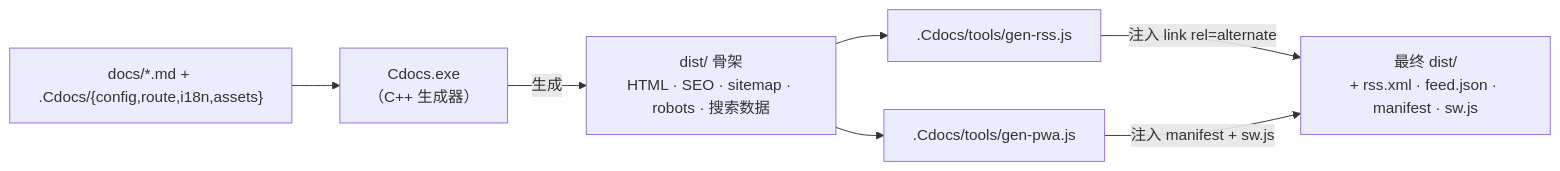
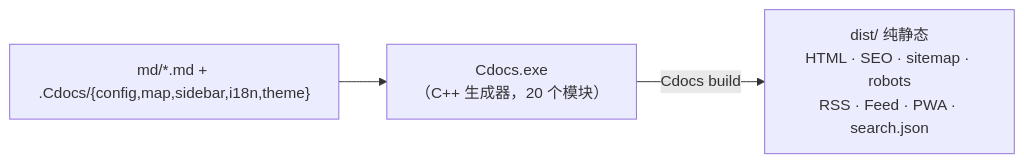
Before and after one commit to Cnkrru/Cdocs: the diagram in md/docs/generator/pipeline.md, drawn with Mermaid. The commit also changed other lines of this file and 17 other files, not shown here.

````diff
--- a/md/docs/generator/pipeline.md
+++ b/md/docs/generator/pipeline.md
@@ -7,16 +7,9 @@
 ```mermaid
 flowchart LR
-  SRC["docs/*.md + .Cdocs/{config,route,i18n,assets}"]
-  EXE["Cdocs.exe<br/>（C++ 生成器）"]
-  GEN["dist/ 骨架<br/>HTML · SEO · sitemap · robots · 搜索数据"]
-  RSS[".Cdocs/tools/gen-rss.js"]
-  PWA[".Cdocs/tools/gen-pwa.js"]
-  OUT["最终 dist/<br/>+ rss.xml · feed.json · manifest · sw.js"]
+  SRC["md/*.md + .Cdocs/{config,map,sidebar,i18n,theme}"]
+  EXE["Cdocs.exe<br/>（C++ 生成器，20 个模块）"]
+  OUT["dist/ 纯静态<br/>HTML · SEO · sitemap · robots<br/>RSS · Feed · PWA · search.json"]
 
   SRC --> EXE
-  EXE -->|生成| GEN
-  GEN --> RSS
-  GEN --> PWA
-  RSS -->|注入 link rel=alternate| OUT
-  PWA -->|注入 manifest + sw.js| OUT
+  EXE -->|Cdocs build| OUT
 ```
````
